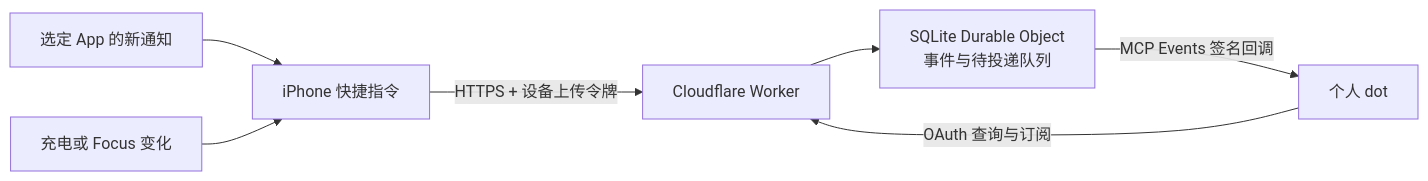
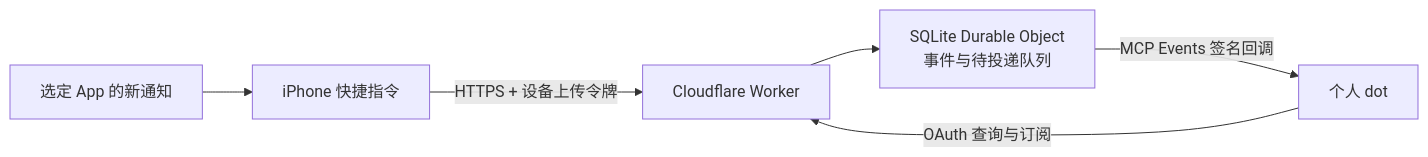
One commit to zzaachaary/dotlink changed the diagram in README.zh-CN.md. Above: the diagram before and after it, drawn with Mermaid. The commit also changed other lines of this file and 26 other files, not shown here.

````diff
--- a/README.zh-CN.md
+++ b/README.zh-CN.md
@@ -57,9 +55,8 @@
 ```mermaid
 flowchart LR
     A[选定 App 的新通知] --> C[iPhone 快捷指令]
-    B[充电或 Focus 变化] --> C
     C -->|HTTPS + 设备上传令牌| D[Cloudflare Worker]
     D --> E[SQLite Durable Object<br/>事件与待投递队列]
     E -->|MCP Events 签名回调| F[个人 dot]
     F -->|OAuth 查询与订阅| D
 ```
````
